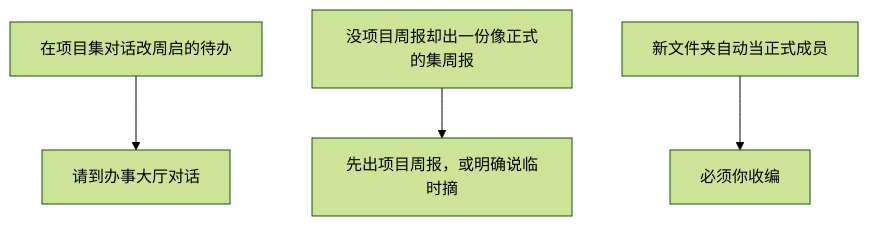
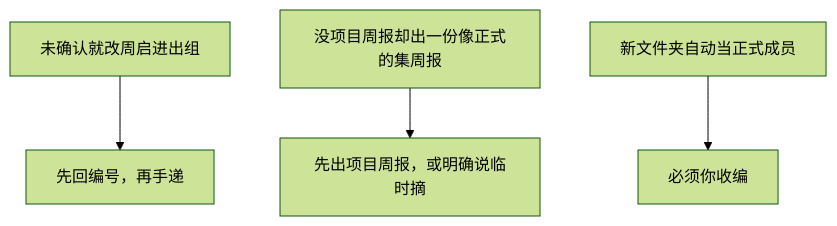
The third of 3 diagrams in examples/13-项目集总览.md (qiusuo0226/chrono-pm-skill), drawn with Mermaid (forest theme) before and after one commit. The commit also changed other lines of this file and 16 other files, not shown here.

````diff
--- a/examples/13-项目集总览.md
+++ b/examples/13-项目集总览.md
@@ -148,6 +148,6 @@
 ```mermaid
 flowchart TB
-    N1["在项目集对话改周启的待办"] --> NO["请到办事大厅对话"]
+    N1["未确认就改周启进出组"] --> NO["先回编号，再手递"]
     N2["没项目周报却出一份像正式的集周报"] --> NO2["先出项目周报，或明确说临时摘"]
     N3["新文件夹自动当正式成员"] --> NO3["必须你收编"]
 ```
````
